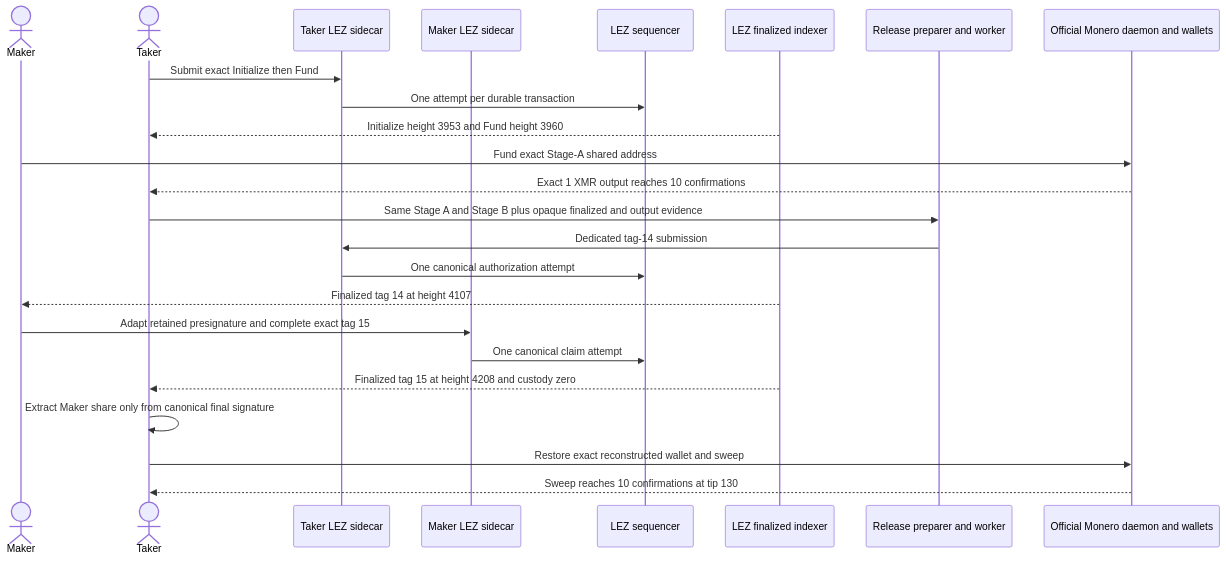
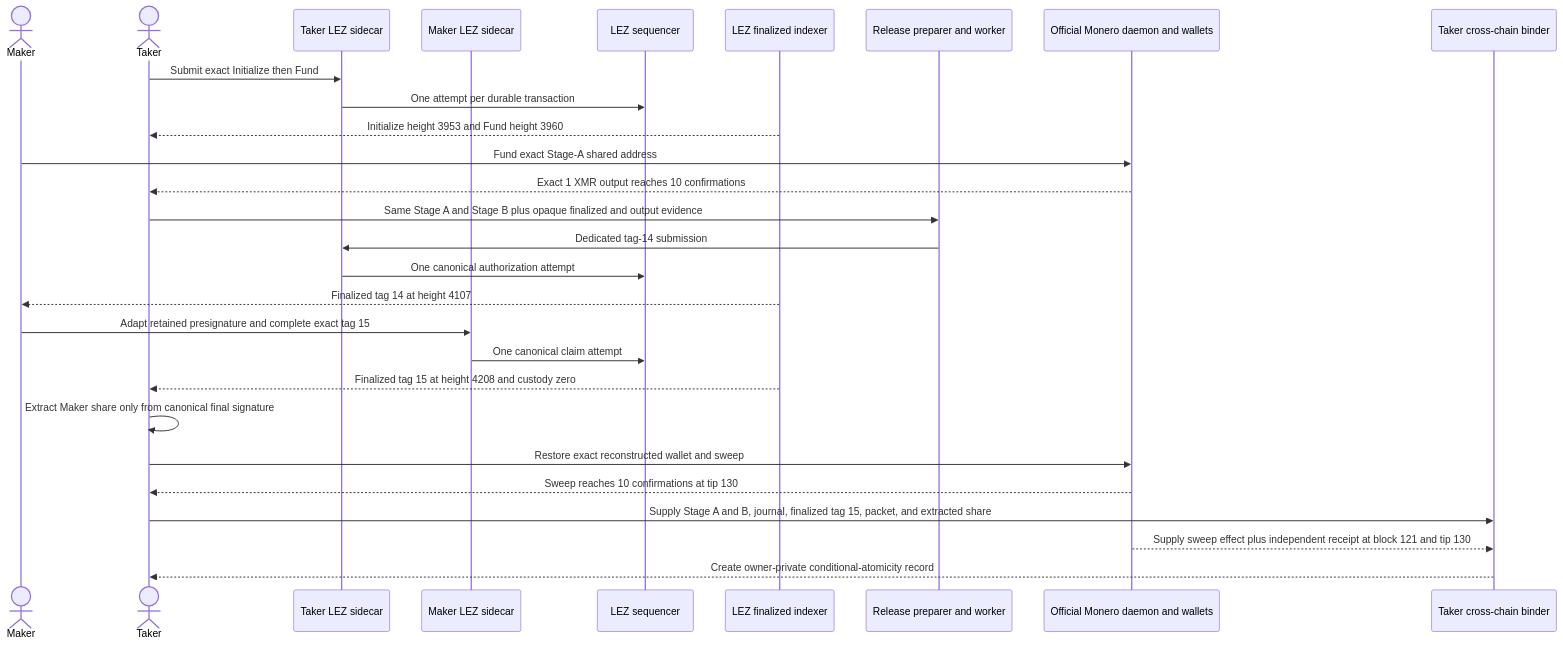
Before and after one commit to gateway-fm/lez-atomic-swaps: the second of 2 diagrams in docs/architecture/0075-complete-xmr-claim-from-finalized-role-evidence.md, drawn with Mermaid. The commit also changed other lines of this file and 12 other files, not shown here.

````diff
--- a/docs/architecture/0075-complete-xmr-claim-from-finalized-role-evidence.md
+++ b/docs/architecture/0075-complete-xmr-claim-from-finalized-role-evidence.md
@@ -71,27 +86,31 @@
 ```mermaid
 sequenceDiagram
     actor Maker
     actor Taker
     participant TakerSidecar as Taker LEZ sidecar
     participant MakerSidecar as Maker LEZ sidecar
     participant LezSeq as LEZ sequencer
     participant LezIdx as LEZ finalized indexer
     participant Release as Release preparer and worker
     participant Monero as Official Monero daemon and wallets
+    participant Binder as Taker cross-chain binder
 
     Taker->>TakerSidecar: Submit exact Initialize then Fund
     TakerSidecar->>LezSeq: One attempt per durable transaction
     LezIdx-->>Taker: Initialize height 3953 and Fund height 3960
     Maker->>Monero: Fund exact Stage-A shared address
     Monero-->>Taker: Exact 1 XMR output reaches 10 confirmations
     Taker->>Release: Same Stage A and Stage B plus opaque finalized and output evidence
     Release->>TakerSidecar: Dedicated tag-14 submission
     TakerSidecar->>LezSeq: One canonical authorization attempt
     LezIdx-->>Maker: Finalized tag 14 at height 4107
     Maker->>MakerSidecar: Adapt retained presignature and complete exact tag 15
     MakerSidecar->>LezSeq: One canonical claim attempt
     LezIdx-->>Taker: Finalized tag 15 at height 4208 and custody zero
     Taker->>Taker: Extract Maker share only from canonical final signature
     Taker->>Monero: Restore exact reconstructed wallet and sweep
     Monero-->>Taker: Sweep reaches 10 confirmations at tip 130
+    Taker->>Binder: Supply Stage A and B, journal, finalized tag 15, packet, and extracted share
+    Monero-->>Binder: Supply sweep effect plus independent receipt at block 121 and tip 130
+    Binder-->>Taker: Create owner-private conditional-atomicity record
 ```
````
